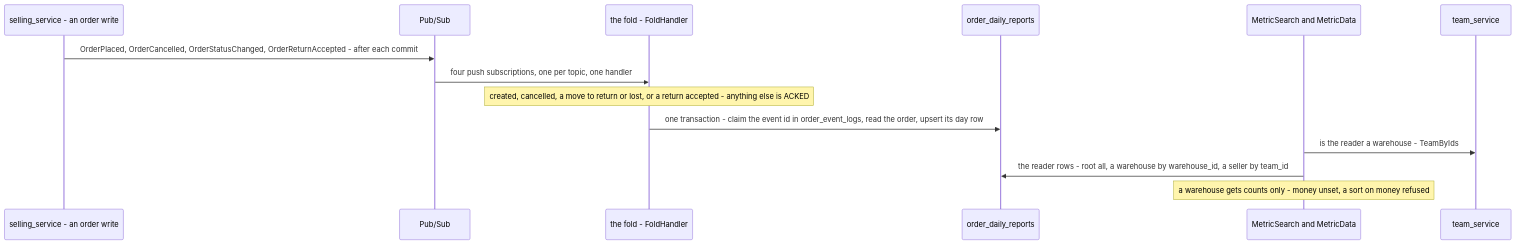
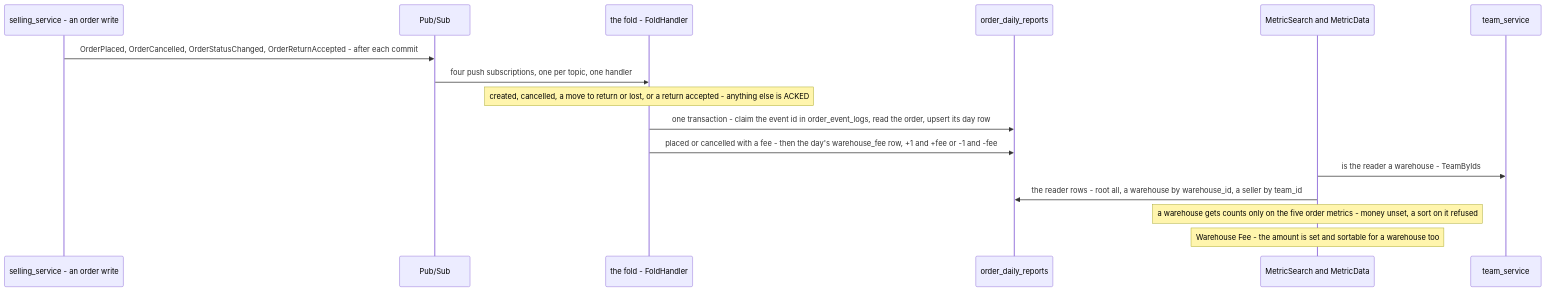
Before and after one commit to pdcgo/warehouse_revamp: diagram 14 of 26 in docs/services/selling_service/rpc.md, drawn with Mermaid. The commit also changed other lines of this file and 297 other files, not shown here.

````diff
--- a/docs/services/selling_service/rpc.md
+++ b/docs/services/selling_service/rpc.md
@@ -677,17 +679,19 @@
 ```mermaid
 sequenceDiagram
     participant S as selling_service - an order write
     participant B as Pub/Sub
     participant F as the fold - FoldHandler
     participant R as order_daily_reports
     participant A as MetricSearch and MetricData
     participant T as team_service
 
     S->>B: OrderPlaced, OrderCancelled, OrderStatusChanged, OrderReturnAccepted - after each commit
     B->>F: four push subscriptions, one per topic, one handler
     Note over F: created, cancelled, a move to return or lost, or a return accepted - anything else is ACKED
     F->>R: one transaction - claim the event id in order_event_logs, read the order, upsert its day row
+    F->>R: placed or cancelled with a fee - then the day's warehouse_fee row, +1 and +fee or -1 and -fee
     A->>T: is the reader a warehouse - TeamByIds
     A->>R: the reader rows - root all, a warehouse by warehouse_id, a seller by team_id
-    Note over A: a warehouse gets counts only - money unset, a sort on money refused
+    Note over A: a warehouse gets counts only on the five order metrics - money unset, a sort on it refused
+    Note over A: Warehouse Fee - the amount is set and sortable for a warehouse too
 ```
````
